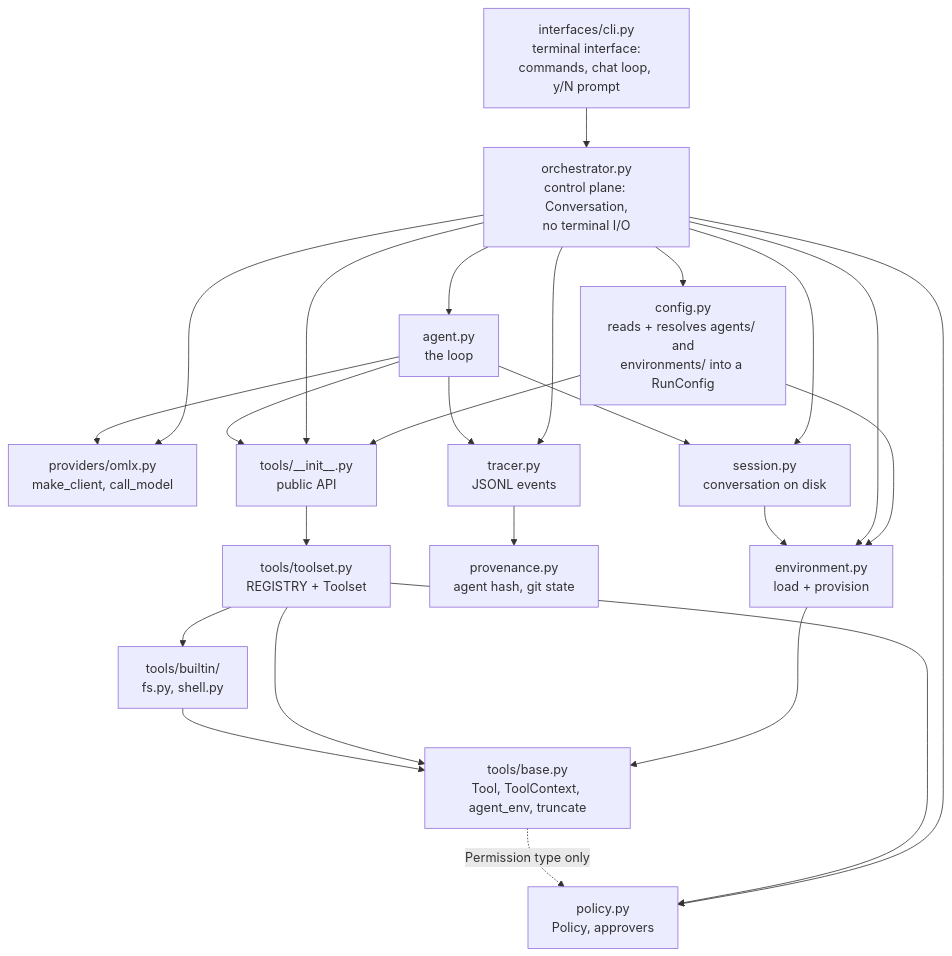
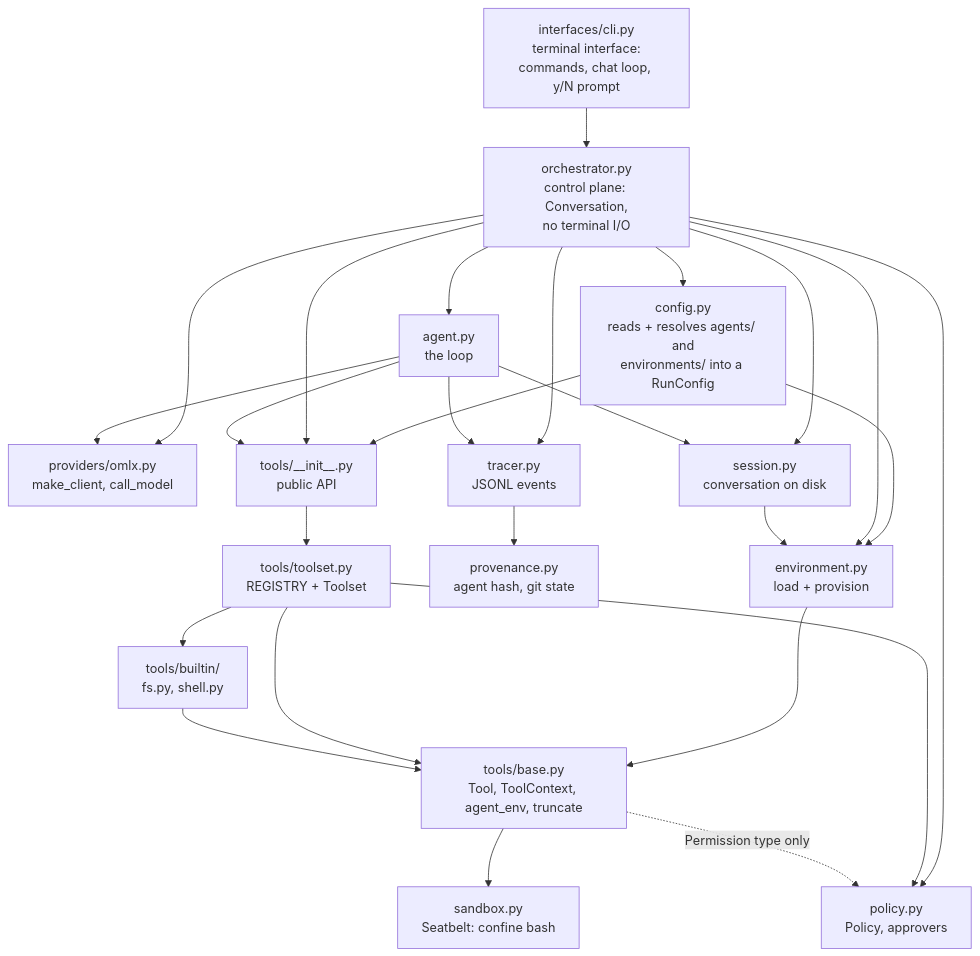
The fourth of 4 diagrams in visual_representation.md (adgnvtefc/orchestra), drawn with Mermaid before and after one commit. The commit also changed other lines of this file and 20 other files, not shown here.

````diff
--- a/visual_representation.md
+++ b/visual_representation.md
@@ -342,27 +366,28 @@
 ```mermaid
 flowchart TD
     climod["interfaces/cli.py<br/>terminal interface:<br/>commands, chat loop, y/N prompt"] --> orch
     orch["orchestrator.py<br/>control plane: Conversation,<br/>no terminal I/O"] --> agent["agent.py<br/>the loop"]
     orch --> loader["config.py<br/>reads + resolves agents/ and<br/>environments/ into a RunConfig"]
     orch --> providers["providers/omlx.py<br/>make_client, call_model"]
+    base --> sandboxmod["sandbox.py<br/>Seatbelt: confine bash"]
     agent --> providers
     loader --> envmod
     loader --> tools_api
     orch --> sessionmod["session.py<br/>conversation on disk"]
     orch --> envmod["environment.py<br/>load + provision"]
     envmod --> base
     agent --> sessionmod
     sessionmod --> envmod
     orch --> policy["policy.py<br/>Policy, approvers"]
     orch --> tools_api["tools/__init__.py<br/>public API"]
     orch --> tracer["tracer.py<br/>JSONL events"]
     agent --> tracer
     tracer --> prov["provenance.py<br/>agent hash, git state"]
     agent --> tools_api
     tools_api --> toolset["tools/toolset.py<br/>REGISTRY + Toolset"]
     toolset --> policy
     toolset --> builtin["tools/builtin/<br/>fs.py, shell.py"]
     toolset --> base["tools/base.py<br/>Tool, ToolContext, agent_env, truncate"]
     builtin --> base
     base -.->|"Permission type only"| policy
 ```
````
